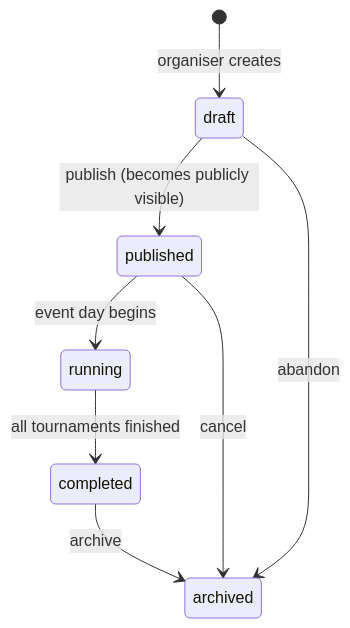
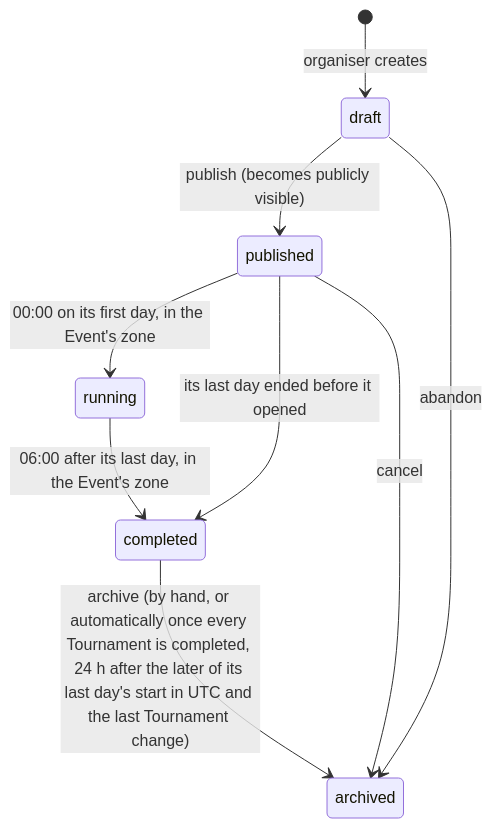
The second of 15 diagrams in docs/ARCHITECTURE.md (GrosTony6970/MyClash), drawn with Mermaid before and after one commit. The commit also changed 12 other files, not shown here.

````diff
--- a/docs/ARCHITECTURE.md
+++ b/docs/ARCHITECTURE.md
@@ -470,10 +470,11 @@
 ```mermaid
 stateDiagram-v2
   [*] --> draft: organiser creates
   draft --> published: publish (becomes publicly visible)
-  published --> running: event day begins
-  running --> completed: all tournaments finished
-  completed --> archived: archive
+  published --> running: 00:00 on its first day, in the Event's zone
+  running --> completed: 06:00 after its last day, in the Event's zone
+  published --> completed: its last day ended before it opened
+  completed --> archived: archive (by hand, or automatically once every Tournament is completed, 24 h after the later of its last day's start in UTC and the last Tournament change)
   draft --> archived: abandon
   published --> archived: cancel
 ```
````
